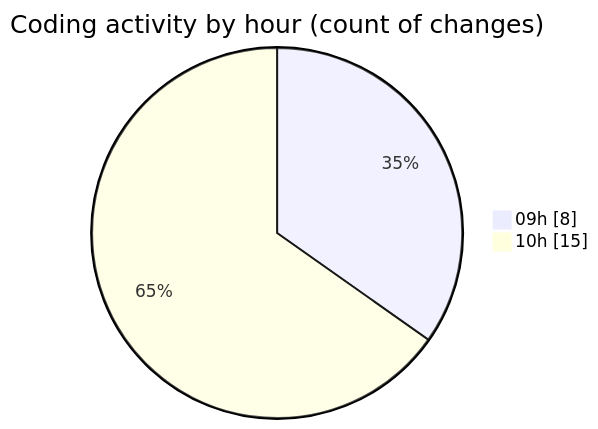
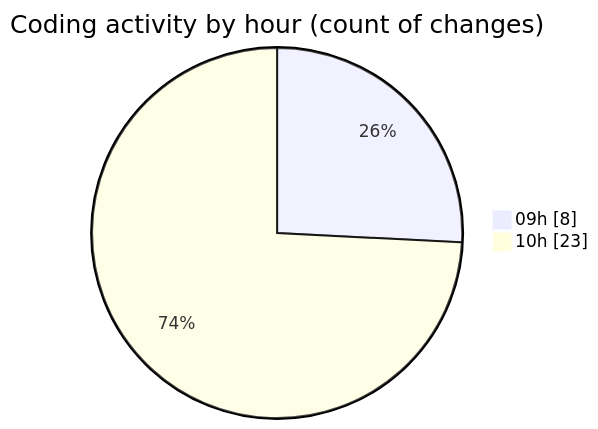
One commit to momahboobian/code-tracking changed the second of 2 diagrams in 2025-06-12/cda/README.md. Above: the diagram before and after it, drawn with Mermaid. The commit also changed other lines of this file and 1 other file, not shown here.

````diff
--- a/2025-06-12/cda/README.md
+++ b/2025-06-12/cda/README.md
@@ -28,6 +28,6 @@
 ```mermaid
 pie showData
 title Coding activity by hour (count of changes)
 "09h" : 8
-"10h" : 15
+"10h" : 23
 ```
````
